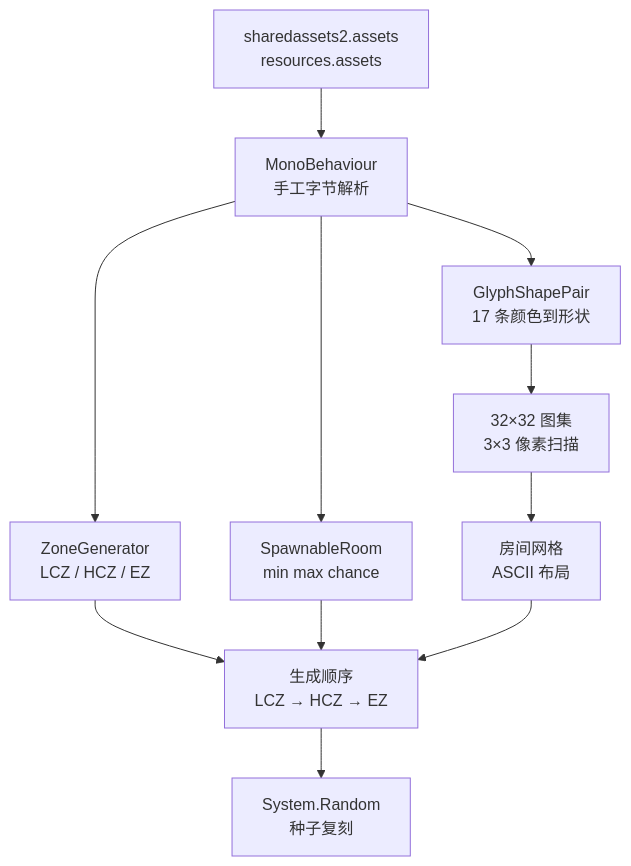
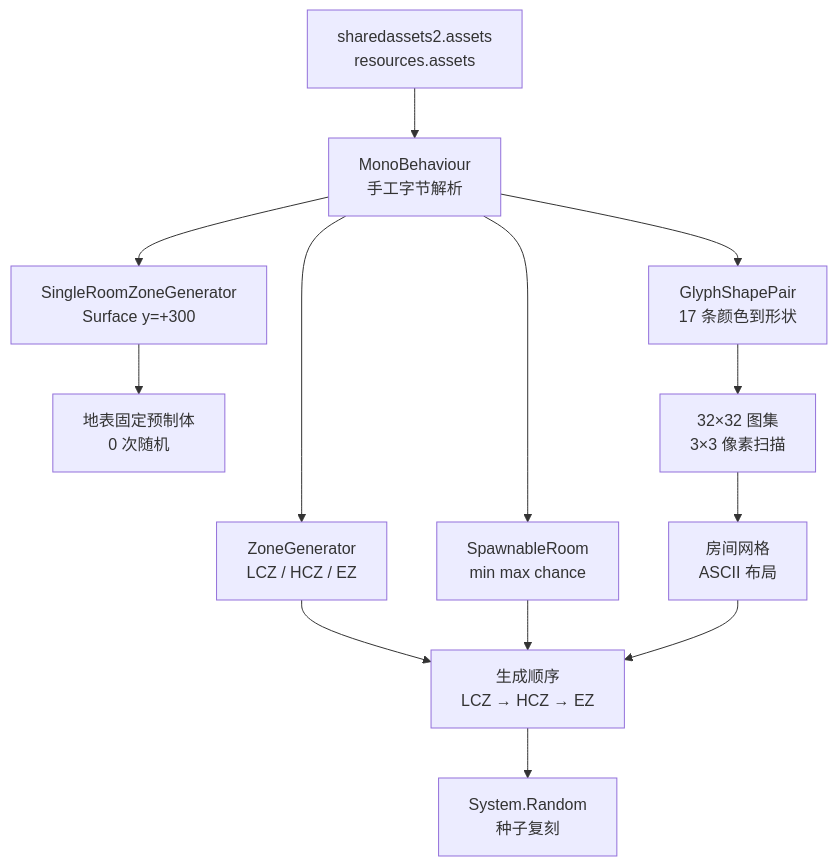
The second of 2 diagrams in posts/2026-11-21-SCP-SL-15.0逆向全记录.md (DNTOF/DNTOF), drawn with Mermaid before and after one commit. The commit also changed other lines of this file and 1 other file, not shown here.

````diff
--- a/posts/2026-11-21-SCP-SL-15.0逆向全记录.md
+++ b/posts/2026-11-21-SCP-SL-15.0逆向全记录.md
@@ -309,13 +309,15 @@
 ```mermaid
 flowchart TB
     A[sharedassets2.assets<br/>resources.assets] --> B[MonoBehaviour<br/>手工字节解析]
     B --> C[GlyphShapePair<br/>17 条颜色到形状]
     B --> D[ZoneGenerator<br/>LCZ / HCZ / EZ]
     B --> E[SpawnableRoom<br/>min max chance]
+    B --> S[SingleRoomZoneGenerator<br/>Surface y=+300]
+    S --> T[地表固定预制体<br/>0 次随机]
     C --> F[32×32 图集<br/>3×3 像素扫描]
     F --> G[房间网格<br/>ASCII 布局]
     D --> H[生成顺序<br/>LCZ → HCZ → EZ]
     E --> H
     G --> H
     H --> I[System.Random<br/>种子复刻]
 ```
````
